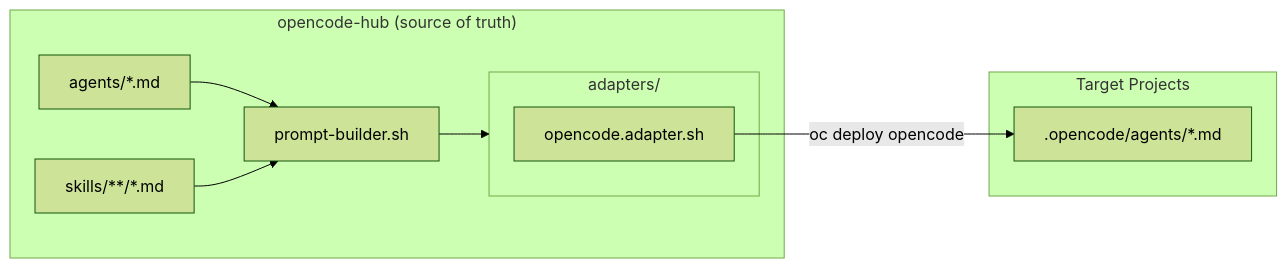
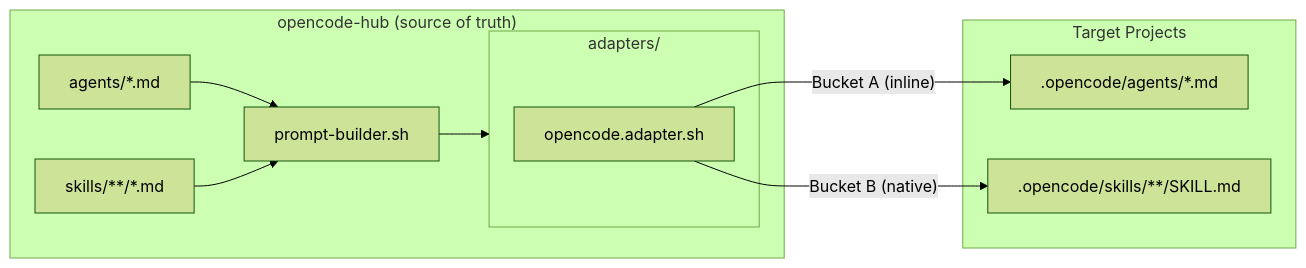
Before and after one commit to datichb/openhub: the first of 3 diagrams in docs/architecture/overview.en.md, drawn with Mermaid (forest theme). The commit also changed other lines of this file and 52 other files, not shown here.

First line of the commit message:
feat: hybrid skills architecture (Bucket A inline / Bucket B native)

````diff
--- a/docs/architecture/overview.en.md
+++ b/docs/architecture/overview.en.md
@@ -60,15 +65,16 @@
 ```mermaid
 flowchart LR
     subgraph HUB["opencode-hub (source of truth)"]
         A[agents/*.md] --> PB[prompt-builder.sh]
         S[skills/**/*.md] --> PB
         PB --> ADP
         subgraph ADP["adapters/"]
             OC[opencode.adapter.sh]
         end
     end
 
     subgraph PROJECTS["Target Projects"]
-        OC -->|oc deploy opencode| P1[".opencode/agents/*.md"]
+        OC -->|"Bucket A (inline)"| P1[".opencode/agents/*.md"]
+        OC -->|"Bucket B (native)"| P2[".opencode/skills/**/SKILL.md"]
     end
 ```
````
